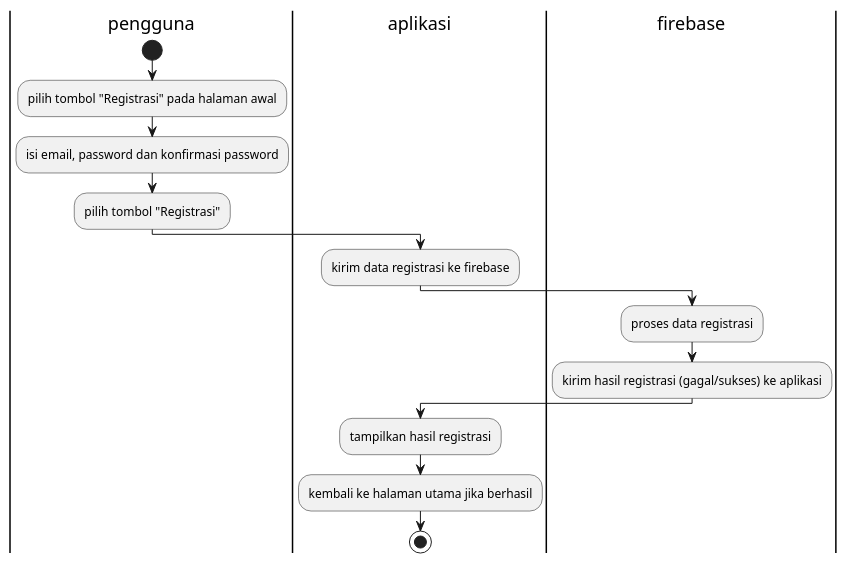
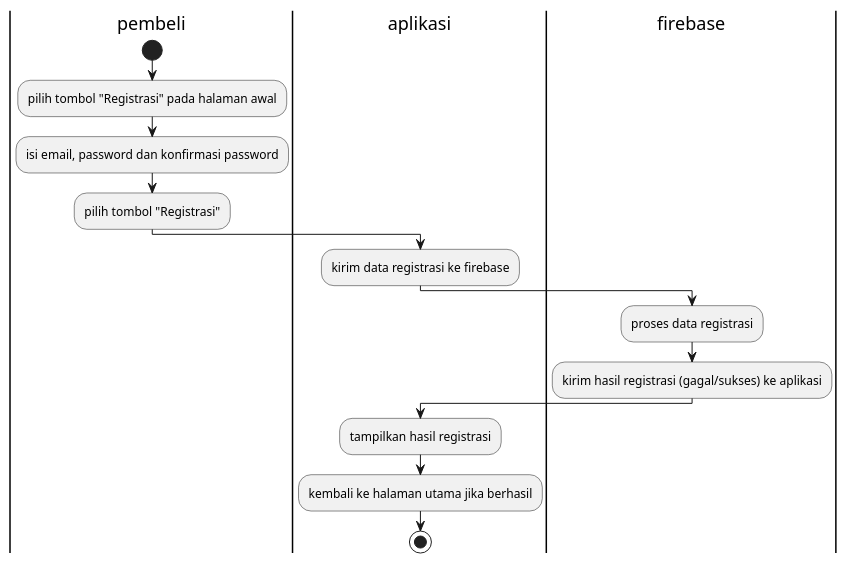
Before and after one commit to stnDinus/skpl_apbo_diagrams: the diagram in signup_activity.puml, drawn with PlantUML. The commit also changed 7 other files, not shown here.

Commit message:
fix: rename pengguna -> pembeli

```diff
--- a/signup_activity.puml
+++ b/signup_activity.puml
@@ -1,21 +1,21 @@
 @startuml
 
-|pengguna|
+|pembeli|
 start
 :pilih tombol "Registrasi" pada halaman awal;
 :isi email, password dan konfirmasi password;
 :pilih tombol "Registrasi";
 
 |aplikasi|
 :kirim data registrasi ke firebase;
 
 |firebase|
 :proses data registrasi;
 :kirim hasil registrasi (gagal/sukses) ke aplikasi;
 
 |aplikasi|
 :tampilkan hasil registrasi;
 :kembali ke halaman utama jika berhasil;
 stop
 
 @enduml
```
